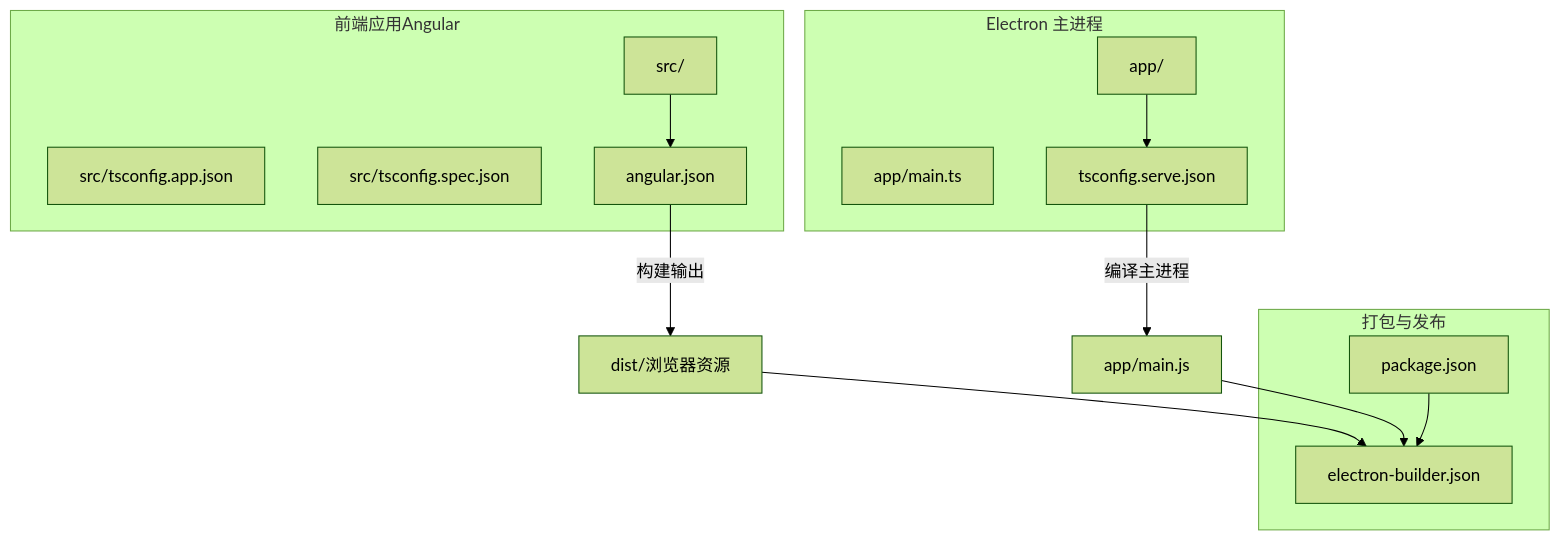
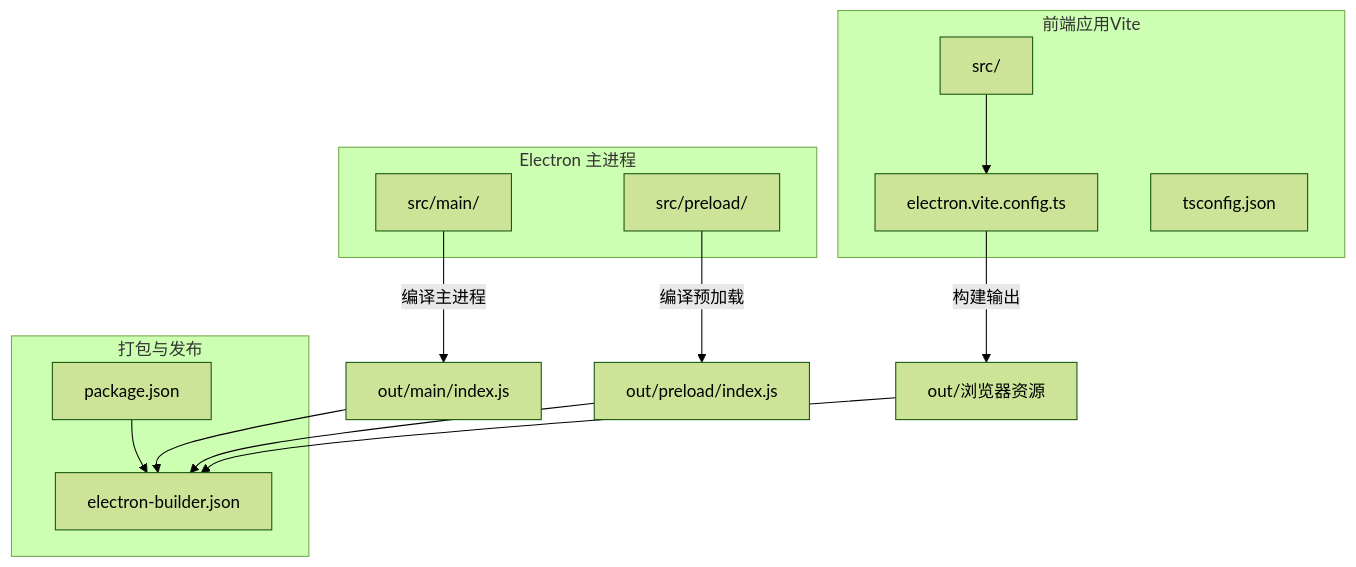
One commit to haolange/RDC-Agent changed the first of 5 diagrams in .qoder/repowiki/zh/content/构建与打包/构建脚本与工作流程.md. Above: the diagram before and after it, drawn with Mermaid (forest theme). The commit also changed other lines of this file and 3 other files, not shown here.

````diff
--- a/.qoder/repowiki/zh/content/构建与打包/构建脚本与工作流程.md
+++ b/.qoder/repowiki/zh/content/构建与打包/构建脚本与工作流程.md
@@ -48,25 +38,24 @@
 ```mermaid
 graph TB
-subgraph "前端应用Angular"
+subgraph "前端应用Vite"
 SRC["src/"]
-TSAPP["src/tsconfig.app.json"]
-TSSPEC["src/tsconfig.spec.json"]
-ANGULAR_JSON["angular.json"]
+ELECTRON_VITE["electron.vite.config.ts"]
+TS["tsconfig.json"]
 end
 subgraph "Electron 主进程"
-APP["app/"]
-MAIN_TS["app/main.ts"]
-TSSERVE["tsconfig.serve.json"]
+MAIN["src/main/"]
+PRELOAD["src/preload/"]
 end
 subgraph "打包与发布"
 EB["electron-builder.json"]
 PKG["package.json"]
 end
-SRC --> ANGULAR_JSON
-ANGULAR_JSON --> |"构建输出"| DIST["dist/浏览器资源"]
-APP --> TSSERVE
-TSSERVE --> |"编译主进程"| APP_MAIN["app/main.js"]
-DIST --> EB
-APP_MAIN --> EB
+SRC --> ELECTRON_VITE
+ELECTRON_VITE --> |"构建输出"| OUT["out/浏览器资源"]
+MAIN --> |"编译主进程"| MAIN_OUT["out/main/index.js"]
+PRELOAD --> |"编译预加载"| PRELOAD_OUT["out/preload/index.js"]
+OUT --> EB
+MAIN_OUT --> EB
+PRELOAD_OUT --> EB
 PKG --> EB
 ```
````
